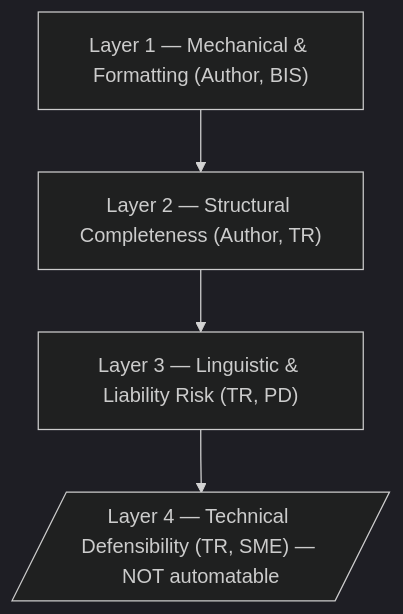
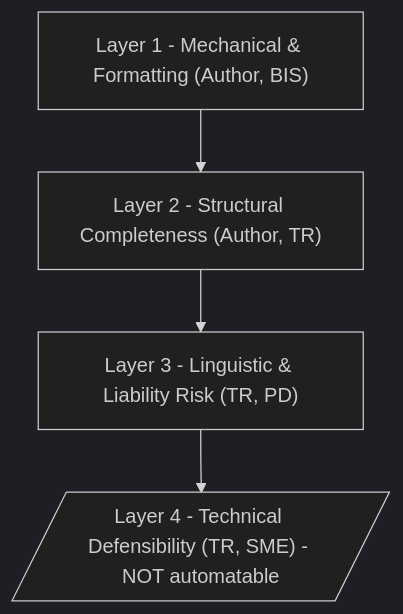
One commit to redmarklogic/redline changed the first of 2 diagrams in docs/research/domain/20260513-geotechnical-report-quality-dimensions.md. Above: the diagram before and after it, drawn with Mermaid (dark theme). The commit also changed other lines of this file and 2 other files, not shown here.

Commit message:
docs: update product strategy roadmap and research findings

````diff
--- a/docs/research/domain/20260513-geotechnical-report-quality-dimensions.md
+++ b/docs/research/domain/20260513-geotechnical-report-quality-dimensions.md
@@ -49,8 +49,8 @@
 ```mermaid
 flowchart TD
-    L1["Layer 1 — Mechanical & Formatting (Author, BIS)"]
-    L2["Layer 2 — Structural Completeness (Author, TR)"]
-    L3["Layer 3 — Linguistic & Liability Risk (TR, PD)"]
-    L4[/"Layer 4 — Technical Defensibility (TR, SME) — NOT automatable"/]
+    L1["Layer 1 - Mechanical & Formatting (Author, BIS)"]
+    L2["Layer 2 - Structural Completeness (Author, TR)"]
+    L3["Layer 3 - Linguistic & Liability Risk (TR, PD)"]
+    L4[/"Layer 4 - Technical Defensibility (TR, SME) - NOT automatable"/]
     L1 --> L2 --> L3 --> L4
 ```
````
